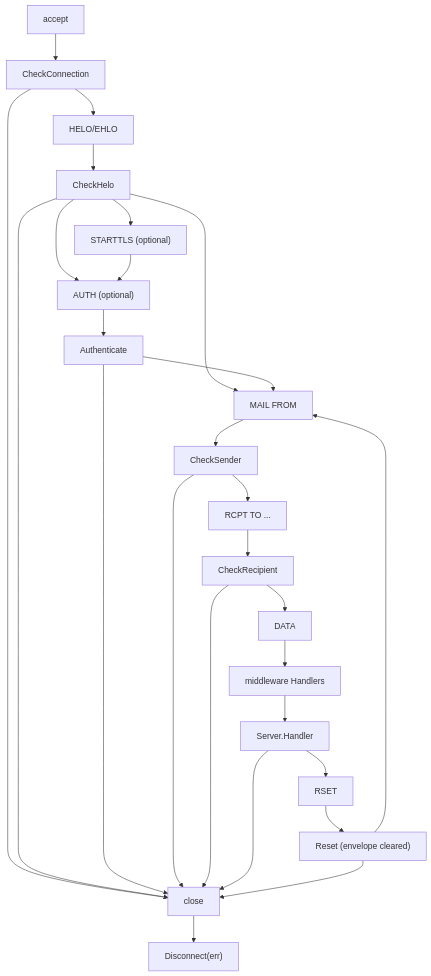
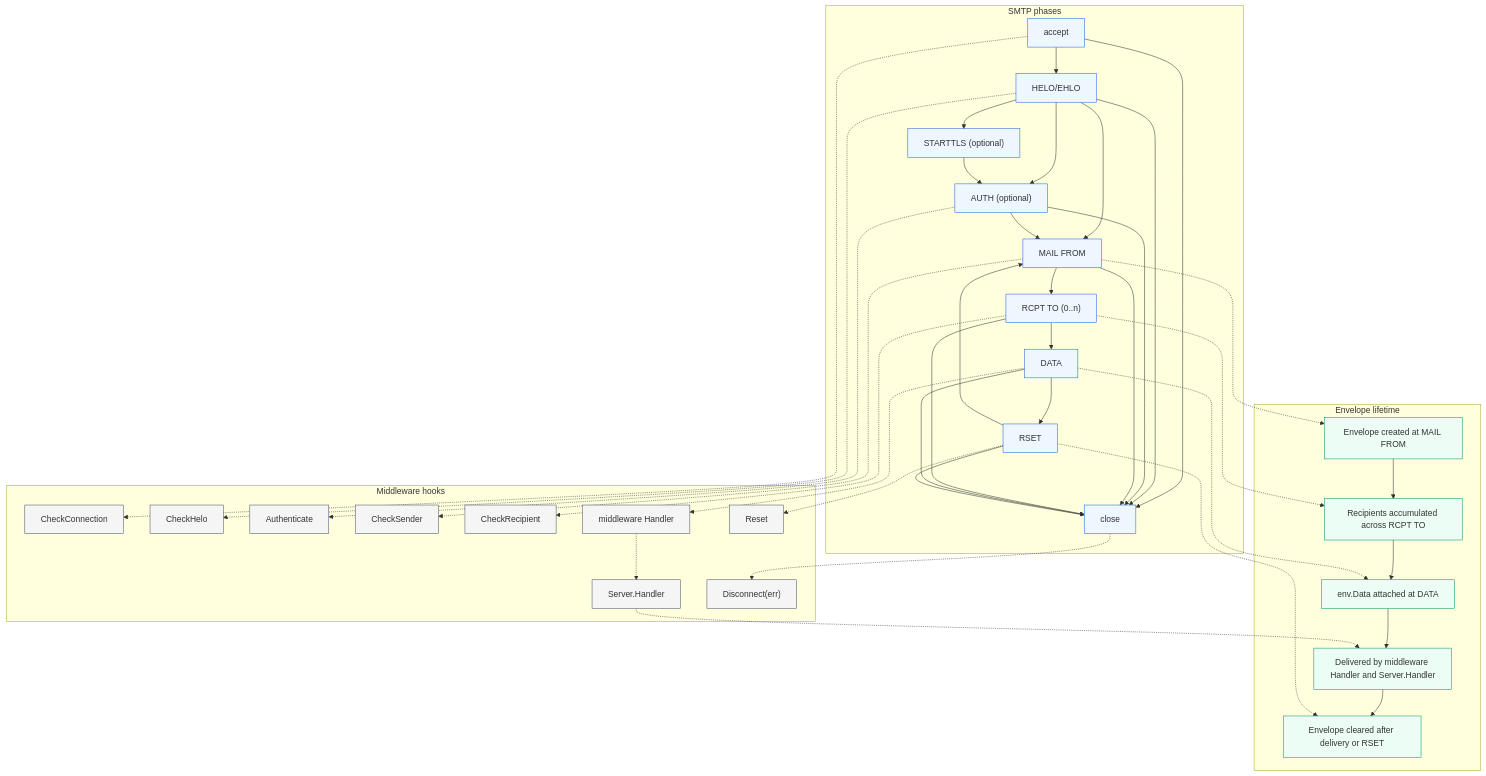
One commit to chrj/smtpd changed the diagram in README.md. Above: the diagram before and after it, drawn with Mermaid. The commit also changed other lines of this file, not shown here.

Commit message:
Improve migration notes.

````diff
--- a/README.md
+++ b/README.md
@@ -108,29 +108,72 @@
 ```mermaid
 flowchart TD
-    accept[accept] --> checkConnection[CheckConnection]
-    checkConnection --> helo[HELO/EHLO]
-    helo --> checkHelo[CheckHelo]
-    checkHelo --> starttls["STARTTLS (optional)"]
-    checkHelo --> auth["AUTH (optional)"]
-    starttls --> auth
-    auth --> authenticate[Authenticate]
-    checkHelo --> mailFrom[MAIL FROM]
-    authenticate --> mailFrom
-    mailFrom --> checkSender[CheckSender]
-    checkSender --> rcptTo[RCPT TO ...]
-    rcptTo --> checkRecipient[CheckRecipient]
-    checkRecipient --> data[DATA]
-    data --> middleware[middleware Handlers]
-    middleware --> handler[Server.Handler]
-    handler --> rset[RSET]
-    rset --> reset["Reset (envelope cleared)"]
-    reset --> mailFrom
-    checkConnection --> close[close]
-    checkHelo --> close
-    authenticate --> close
-    checkSender --> close
-    checkRecipient --> close
-    handler --> close
-    reset --> close
-    close --> disconnect["Disconnect(err)"]
+    subgraph smtp["SMTP phases"]
+        accept["accept"] --> helo["HELO/EHLO"]
+        helo --> starttls["STARTTLS (optional)"]
+        helo --> auth["AUTH (optional)"]
+        starttls --> auth
+        helo --> mailFrom["MAIL FROM"]
+        auth --> mailFrom
+        mailFrom --> rcptTo["RCPT TO (0..n)"]
+        rcptTo --> data["DATA"]
+        data --> rset["RSET"]
+        rset --> mailFrom
+
+        accept --> close["close"]
+        helo --> close
+        auth --> close
+        mailFrom --> close
+        rcptTo --> close
+        data --> close
+        rset --> close
+    end
+
+    subgraph hooks["Middleware hooks"]
+        checkConnection["CheckConnection"]
+        checkHelo["CheckHelo"]
+        authenticate["Authenticate"]
+        checkSender["CheckSender"]
+        checkRecipient["CheckRecipient"]
+        middlewareHandler["middleware Handler"]
+        serverHandler["Server.Handler"]
+        resetHook["Reset"]
+        disconnectHook["Disconnect(err)"]
+    end
+
+    subgraph envelope["Envelope lifetime"]
+        envCreated["Envelope created at MAIL FROM"]
+        envRecipients["Recipients accumulated across RCPT TO"]
+        envData["env.Data attached at DATA"]
+        envDelivered["Delivered by middleware Handler and Server.Handler"]
+        envCleared["Envelope cleared after delivery or RSET"]
+
+        envCreated --> envRecipients
+        envRecipients --> envData
+        envData --> envDelivered
+        envDelivered --> envCleared
+    end
+
+    accept -.-> checkConnection
+    helo -.-> checkHelo
+    auth -.-> authenticate
+    mailFrom -.-> checkSender
+    rcptTo -.-> checkRecipient
+    data -.-> middlewareHandler
+    middlewareHandler -.-> serverHandler
+    rset -.-> resetHook
+    close -.-> disconnectHook
+
+    mailFrom -.-> envCreated
+    rcptTo -.-> envRecipients
+    data -.-> envData
+    serverHandler -.-> envDelivered
+    rset -.-> envCleared
+
+    classDef phase fill:#eef6ff,stroke:#2563eb;
+    classDef hook fill:#f5f5f5,stroke:#4b5563;
+    classDef env fill:#ecfdf5,stroke:#059669;
+
+    class accept,helo,starttls,auth,mailFrom,rcptTo,data,rset,close phase;
+    class checkConnection,checkHelo,authenticate,checkSender,checkRecipient,middlewareHandler,serverHandler,resetHook,disconnectHook hook;
+    class envCreated,envRecipients,envData,envDelivered,envCleared env;
 ```
````
